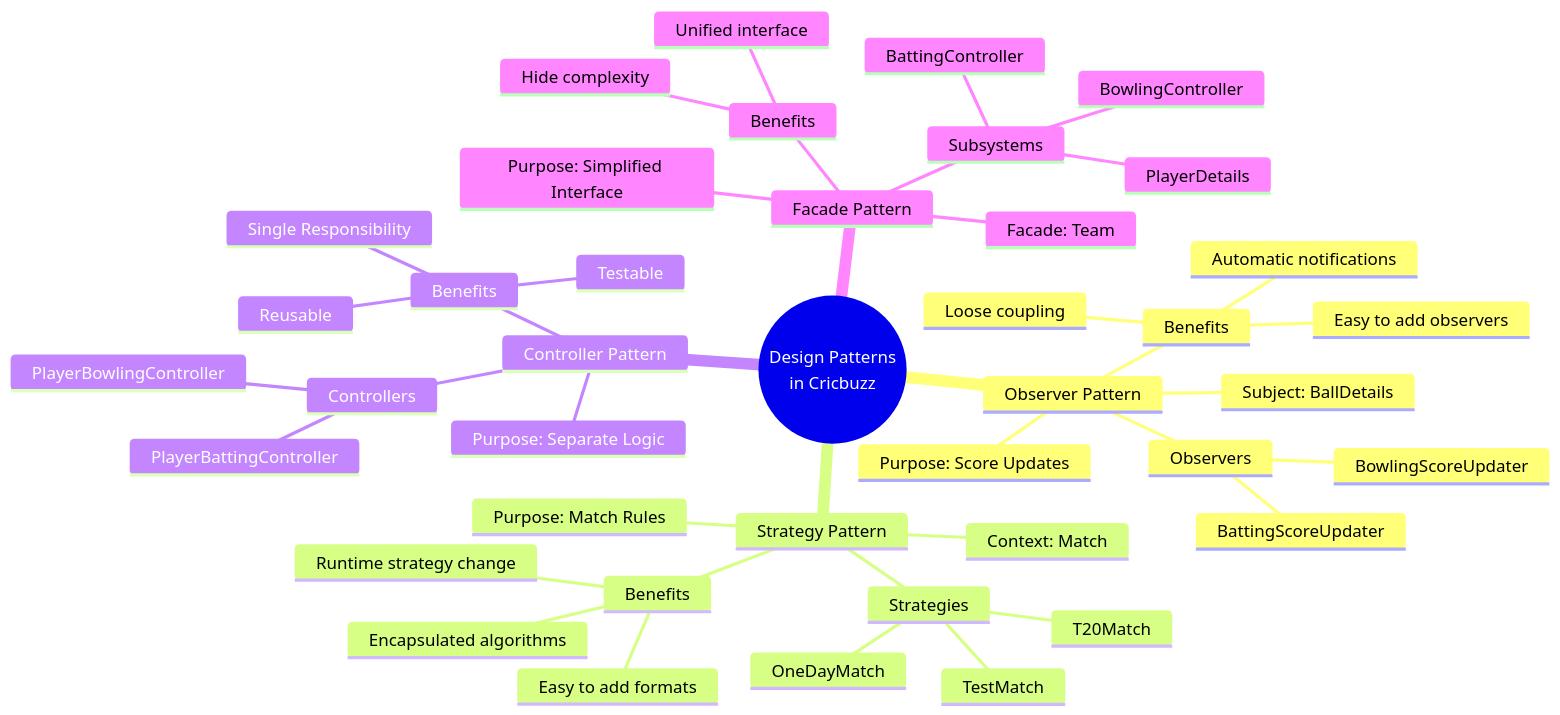
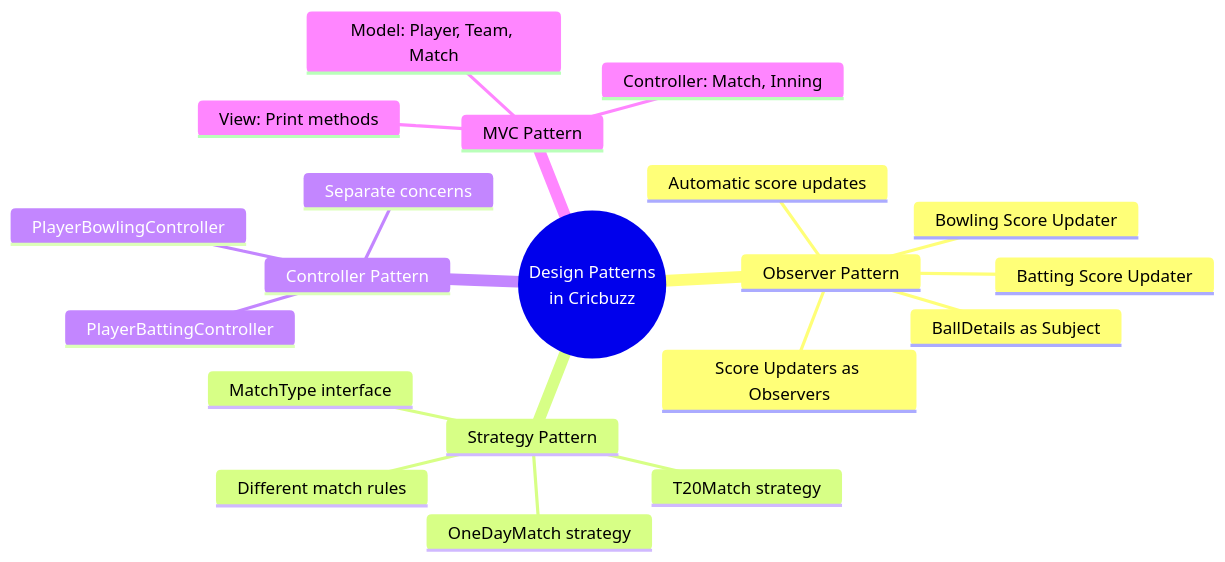
One commit to saikrishnareddy1731/Cricbuzz-Cricket-Match-Simulation- changed the seventh of 7 diagrams in README.md. Above: the diagram before and after it, drawn with Mermaid. The commit also changed other lines of this file, not shown here.

````diff
--- a/README.md
+++ b/README.md
@@ -910,44 +879,23 @@
 ```mermaid
 mindmap
     root((Design Patterns<br/>in Cricbuzz))
         Observer Pattern
-            Purpose: Score Updates
-            Subject: BallDetails
-            Observers
-                BattingScoreUpdater
-                BowlingScoreUpdater
-            Benefits
-                Loose coupling
-                Easy to add observers
-                Automatic notifications
+            BallDetails as Subject
+            Score Updaters as Observers
+            Batting Score Updater
+            Bowling Score Updater
+            Automatic score updates
         Strategy Pattern
-            Purpose: Match Rules
-            Context: Match
-            Strategies
-                T20Match
-                OneDayMatch
-                TestMatch
-            Benefits
-                Runtime strategy change
-                Easy to add formats
-                Encapsulated algorithms
+            MatchType interface
+            T20Match strategy
+            OneDayMatch strategy
+            Different match rules
         Controller Pattern
-            Purpose: Separate Logic
-            Controllers
-                PlayerBattingController
-                PlayerBowlingController
-            Benefits
-                Single Responsibility
-                Testable
-                Reusable
-        Facade Pattern
-            Purpose: Simplified Interface
-            Facade: Team
-            Subsystems
-                BattingController
-                BowlingController
-                PlayerDetails
-            Benefits
-                Hide complexity
-                Unified interface
+            PlayerBattingController
+            PlayerBowlingController
+            Separate concerns
+        MVC Pattern
+            Model: Player, Team, Match
+            Controller: Match, Inning
+            View: Print methods
 ```
````
